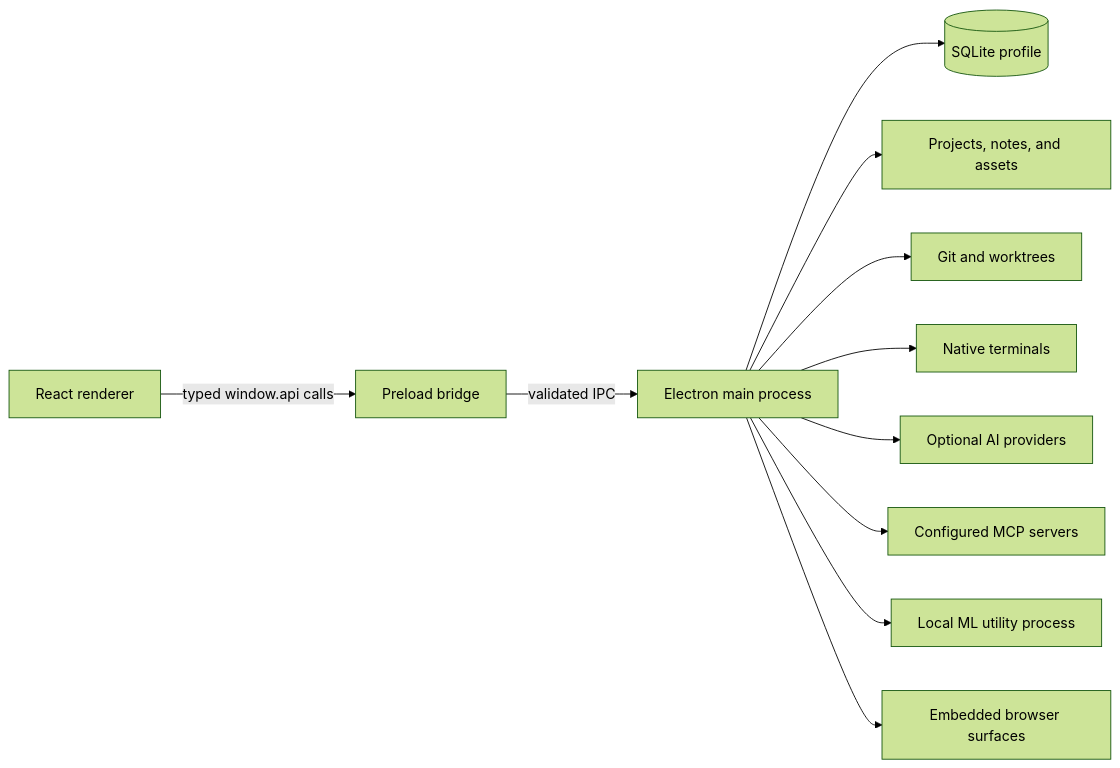
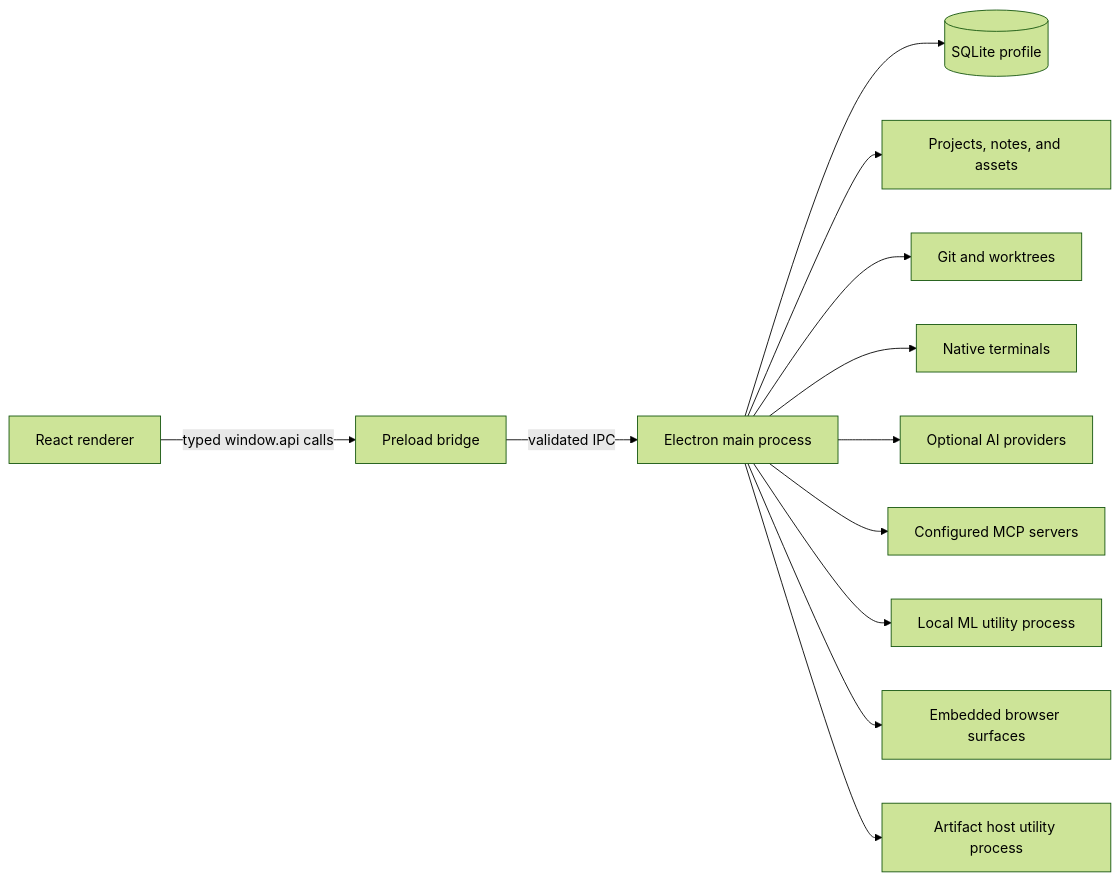
Before and after one commit to antonioducs/maestrly-app: the diagram in docs/architecture.md, drawn with Mermaid (forest theme). The commit also changed other lines of this file and 115 other files, not shown here.

````diff
--- a/docs/architecture.md
+++ b/docs/architecture.md
@@ -9,13 +9,14 @@
 ```mermaid
 flowchart LR
   UI[React renderer] -->|typed window.api calls| Preload[Preload bridge]
   Preload -->|validated IPC| Main[Electron main process]
   Main --> DB[(SQLite profile)]
   Main --> FS[Projects, notes, and assets]
   Main --> Git[Git and worktrees]
   Main --> PTY[Native terminals]
   Main --> Providers[Optional AI providers]
   Main --> MCP[Configured MCP servers]
   Main --> ML[Local ML utility process]
   Main --> Browser[Embedded browser surfaces]
+  Main --> Artifacts[Artifact host utility process]
 ```
````
